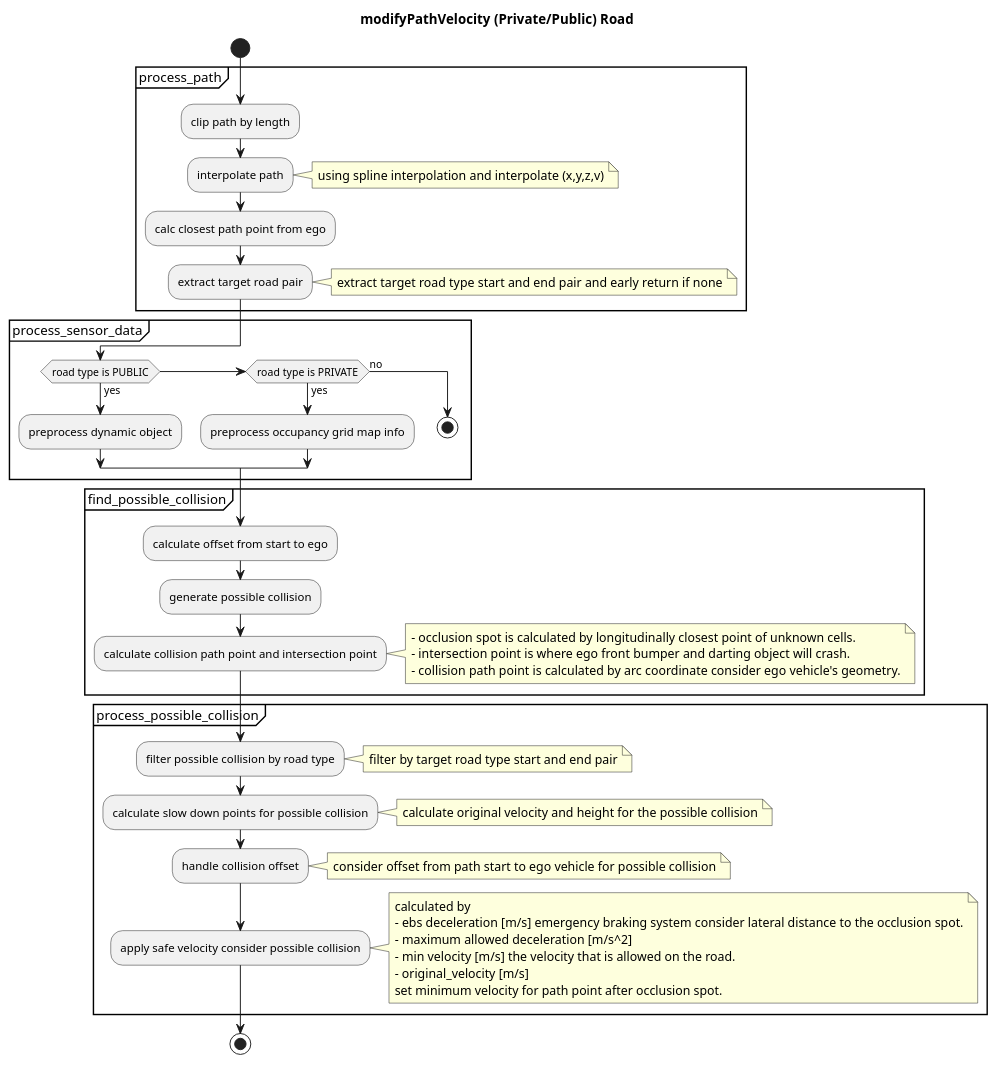
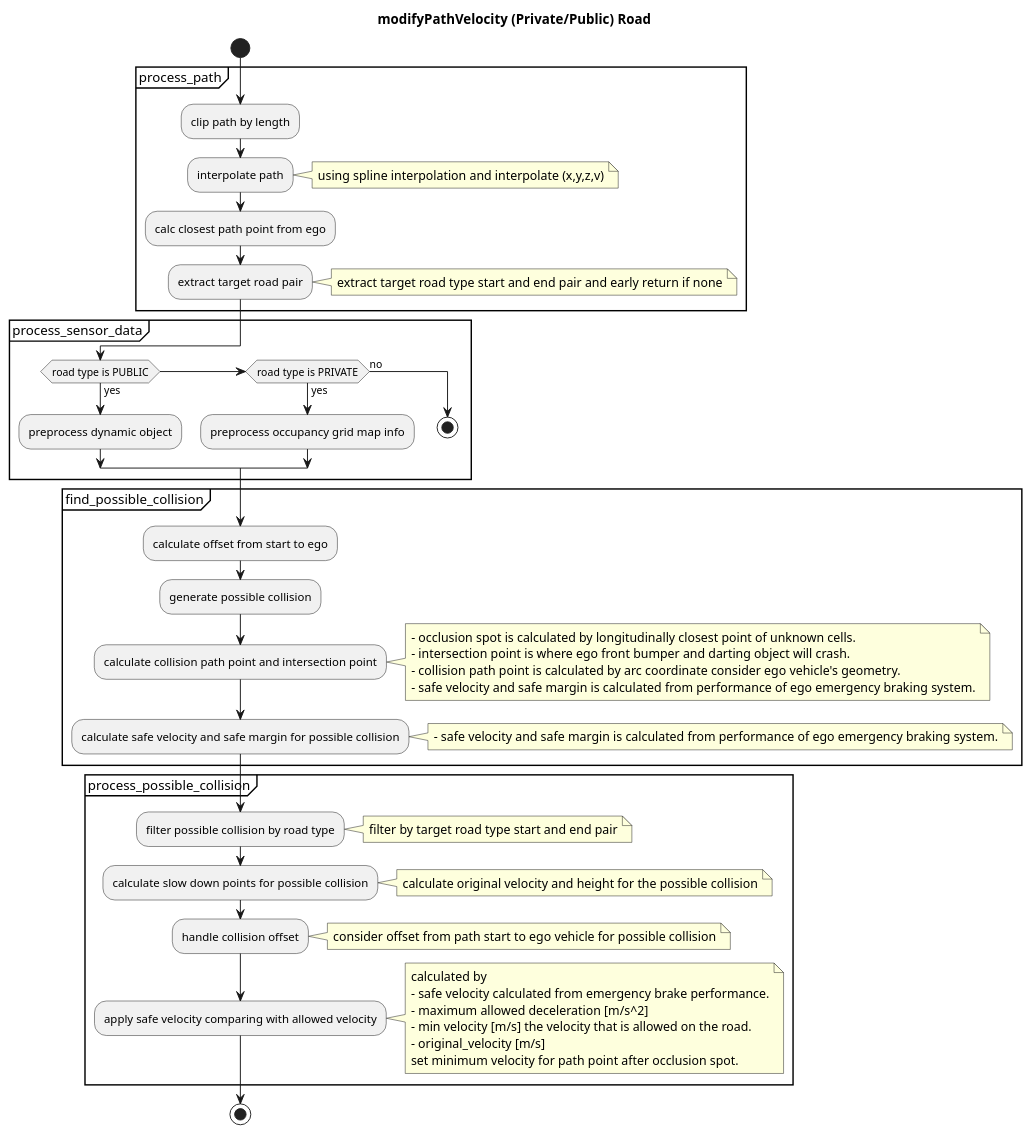
Before and after one commit to autowarefoundation/autoware.universe: the first of 3 diagrams in planning/behavior_velocity_planner/occlusion-spot-design.md, drawn with PlantUML. The commit also changed other lines of this file and 4 other files, not shown here.

````diff
--- a/planning/behavior_velocity_planner/occlusion-spot-design.md
+++ b/planning/behavior_velocity_planner/occlusion-spot-design.md
@@ -91,64 +113,68 @@
 ```plantuml
 @startuml
 title modifyPathVelocity (Private/Public) Road
 start
 
 partition process_path {
 :clip path by length;
 :interpolate path;
 note right
   using spline interpolation and interpolate (x,y,z,v)
 end note
 :calc closest path point from ego;
 :extract target road pair;
 note right
 extract target road type start and end pair and early return if none
 end note
 }
 
 partition process_sensor_data {
 if (road type is PUBLIC) then (yes)
   :preprocess dynamic object;
 else if (road type is PRIVATE) then (yes)
   :preprocess occupancy grid map info;
 else (no)
   stop
 endif
 }
 partition find_possible_collision {
 :calculate offset from start to ego;
 :generate possible collision;
 :calculate collision path point and intersection point;
 note right
   - occlusion spot is calculated by longitudinally closest point of unknown cells.
   - intersection point is where ego front bumper and darting object will crash.
   - collision path point is calculated by arc coordinate consider ego vehicle's geometry.
+  - safe velocity and safe margin is calculated from performance of ego emergency braking system.
 end note
-
+:calculate safe velocity and safe margin for possible collision;
+note right
+  - safe velocity and safe margin is calculated from performance of ego emergency braking system.
+end note
 }
 partition process_possible_collision {
 :filter possible collision by road type;
 note right
 filter by target road type start and end pair
 end note
 :calculate slow down points for possible collision;
 note right
 calculate original velocity and height for the possible collision
 end note
 :handle collision offset;
 note right
 consider offset from path start to ego vehicle for possible collision
 end note
-:apply safe velocity consider possible collision;
+:apply safe velocity comparing with allowed velocity;
 note right
 calculated by
-- ebs deceleration [m/s] emergency braking system consider lateral distance to the occlusion spot.
+- safe velocity calculated from emergency brake performance.
 - maximum allowed deceleration [m/s^2]
 - min velocity [m/s] the velocity that is allowed on the road.
 - original_velocity [m/s]
 set minimum velocity for path point after occlusion spot.
 end note
 }
 stop
 @enduml
 ```
````
